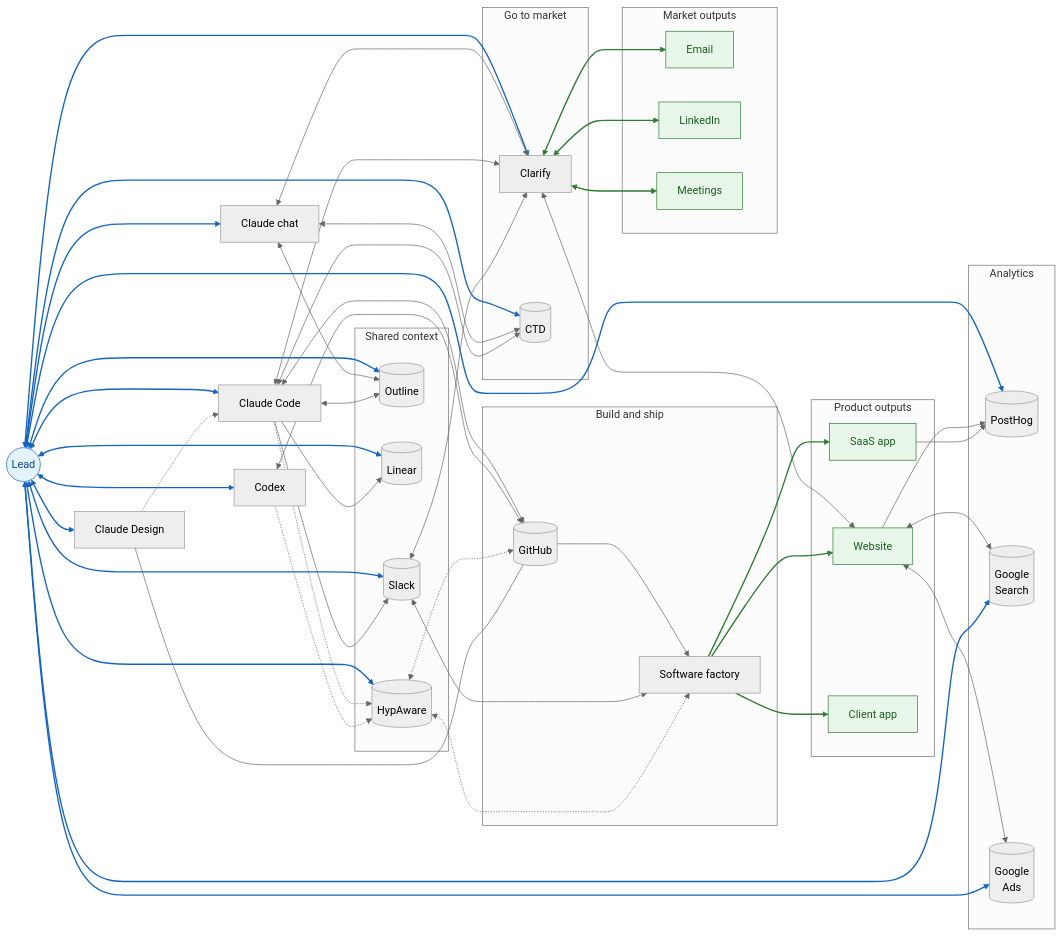
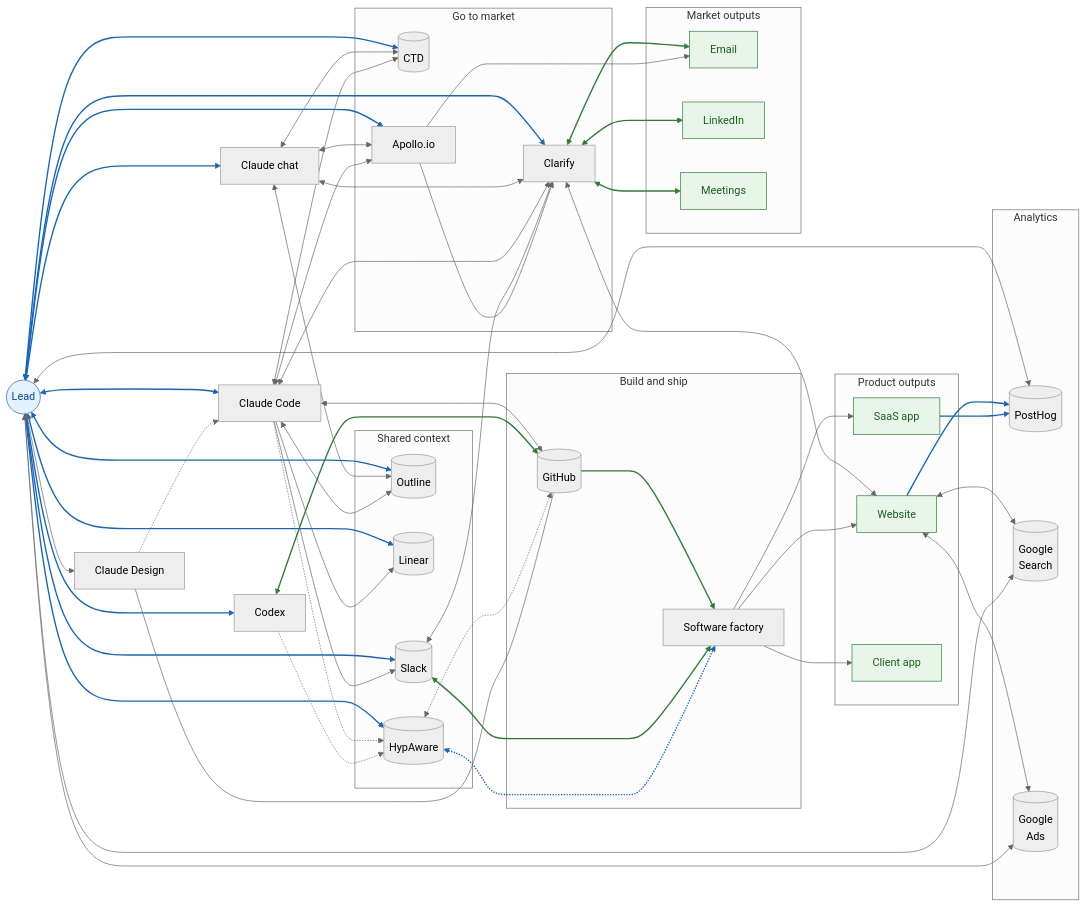
One commit to hernan-alvarez/groundworks changed the second of 3 diagrams in agentic-product-gtm-kickstart.md. Above: the diagram before and after it, drawn with Mermaid (neutral theme). The commit also changed other lines of this file, not shown here.

Commit message:
Playbook v1.31: add Apollo.io to the tool table and tools graph (GTM)

```diff
--- a/agentic-product-gtm-kickstart.md
+++ b/agentic-product-gtm-kickstart.md
@@ -127,6 +128,7 @@
   subgraph GTM["Go to market"]
     Clarify[Clarify]
     CTD[(CTD)]
+    Apollo[Apollo.io]
   end
 
   subgraph Build["Build and ship"]
@@ -154,6 +156,7 @@
   L <--> Slack
   L <--> Clarify
   L <--> CTD
+  L <--> Apollo
   L <--> HA
   L <--> PH
 
@@ -168,6 +171,8 @@
   CC <--> CTD
   Claude <--> Clarify
   CC <--> Clarify
+  Claude <--> Apollo
+  CC <--> Apollo
   Slack <--> Clarify
   Clarify <--> Site
 
@@ -179,6 +184,8 @@
   Clarify <--> Email
   Clarify <--> LinkedIn
   Clarify <--> Meetings
+  Apollo --> Clarify
+  Apollo --> Email
   Factory --> Site
   Factory --> SaaS
   Factory --> Client
```
